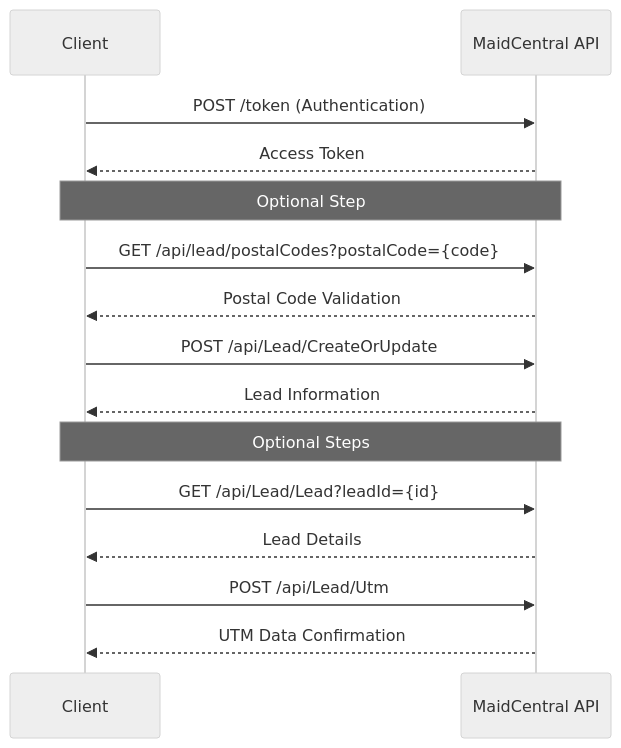
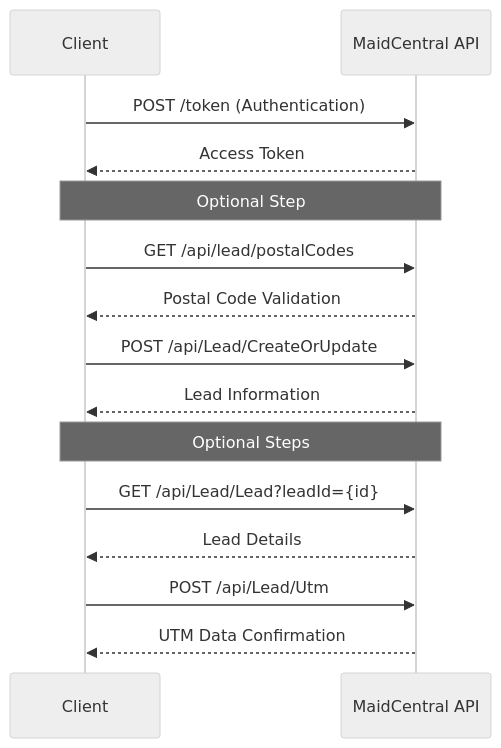
One commit to lowry0031/quote-chat-bot changed the diagram in api-readme/creating-a-lead.md. Above: the diagram before and after it, drawn with Mermaid (neutral theme). The commit also changed other lines of this file and 1 other file, not shown here.

Commit message:
/url updates

````diff
--- a/api-readme/creating-a-lead.md
+++ b/api-readme/creating-a-lead.md
@@ -7,23 +7,23 @@
 ```mermaid
 sequenceDiagram
     participant Client
     participant API as MaidCentral API
     
     Client->>API: POST /token (Authentication)
     API-->>Client: Access Token
     
     Note over Client,API: Optional Step
-    Client->>API: GET /api/lead/postalCodes?postalCode={code}
+    Client->>API: GET /api/lead/postalCodes
     API-->>Client: Postal Code Validation
     
     Client->>API: POST /api/Lead/CreateOrUpdate
     API-->>Client: Lead Information
     
     Note over Client,API: Optional Steps
     
     Client->>API: GET /api/Lead/Lead?leadId={id}
     API-->>Client: Lead Details
     
     Client->>API: POST /api/Lead/Utm
     API-->>Client: UTM Data Confirmation
 ```
````
